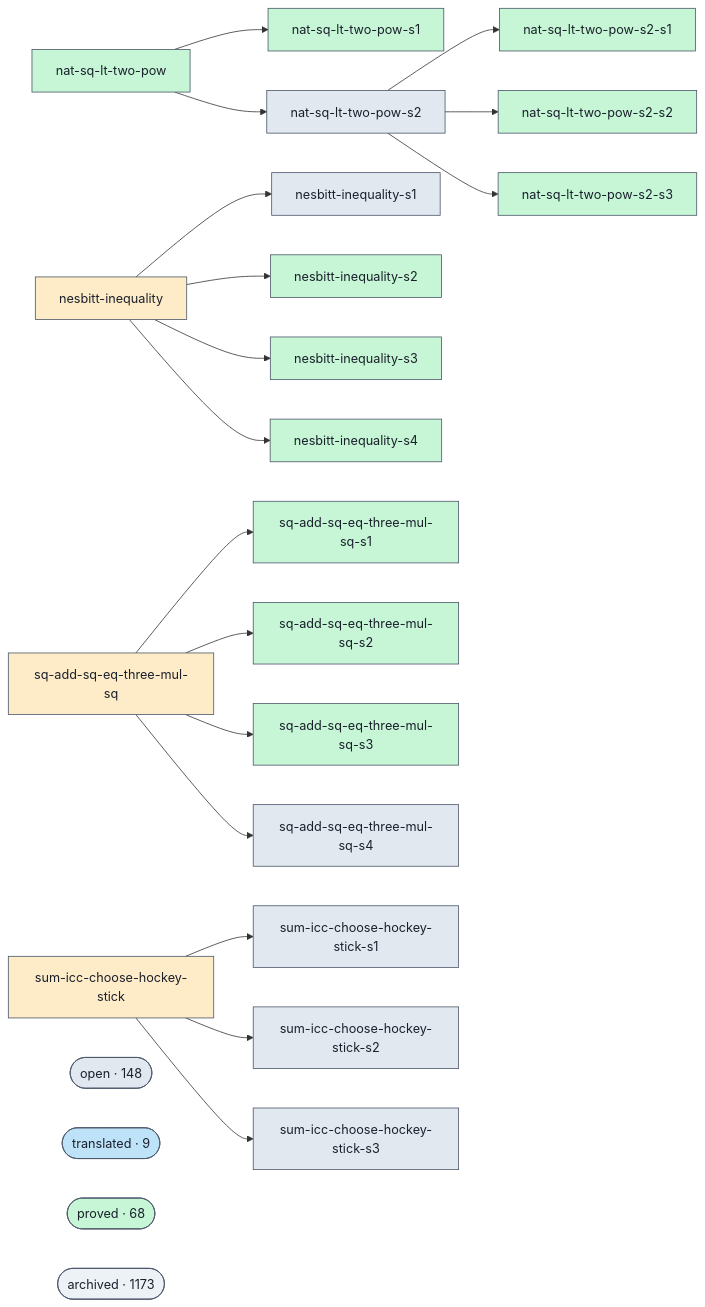
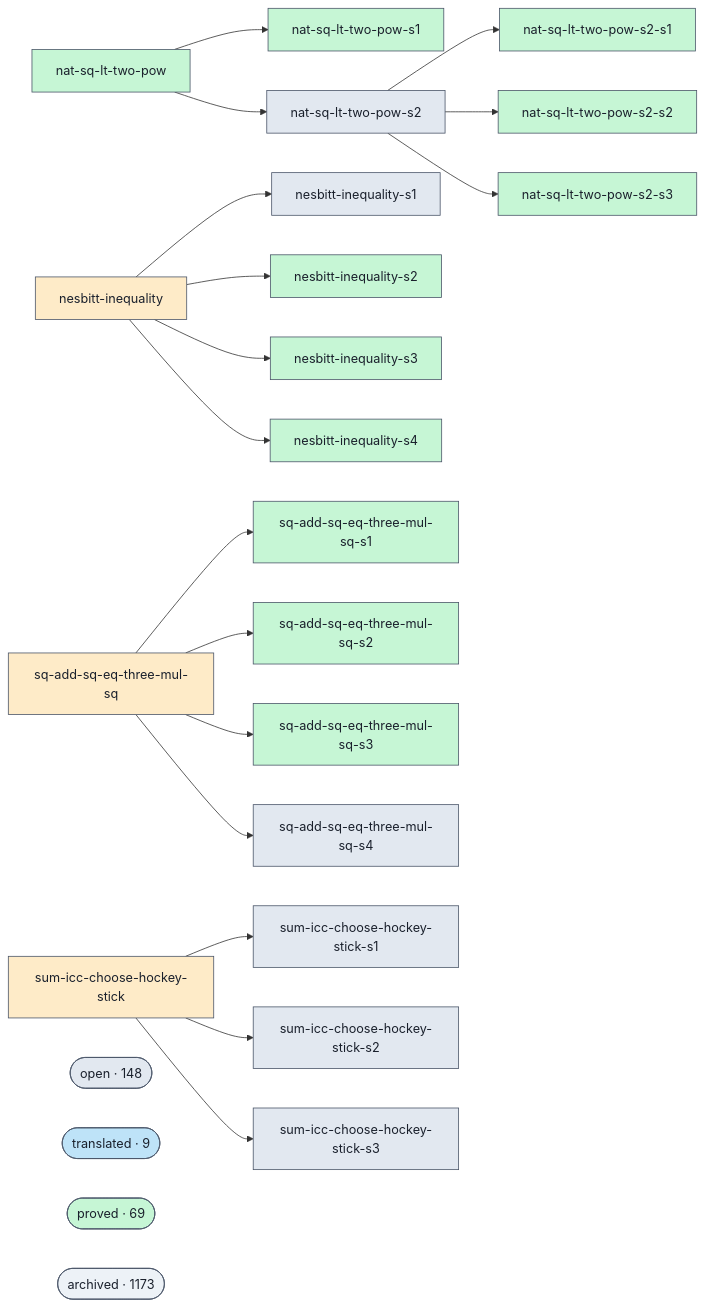
One commit to ohdearquant/unsorry changed the diagram in docs/proofs-contributors-visualisation.md. Above: the diagram before and after it, drawn with Mermaid. The commit also changed other lines of this file and 2 other files, not shown here.

```diff
--- a/docs/proofs-contributors-visualisation.md
+++ b/docs/proofs-contributors-visualisation.md
@@ -102,7 +102,7 @@
   class cluster_open open;
   cluster_translated(["translated · 9"])
   class cluster_translated translated;
-  cluster_proved(["proved · 68"])
+  cluster_proved(["proved · 69"])
   class cluster_proved proved;
   cluster_archived(["archived · 1173"])
   class cluster_archived unknown;
```
